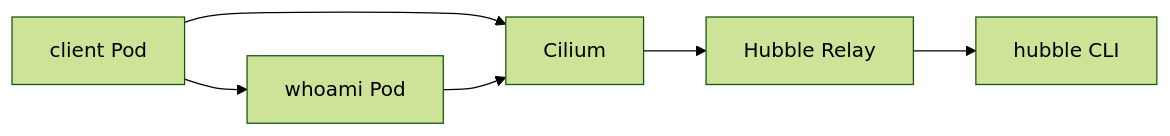
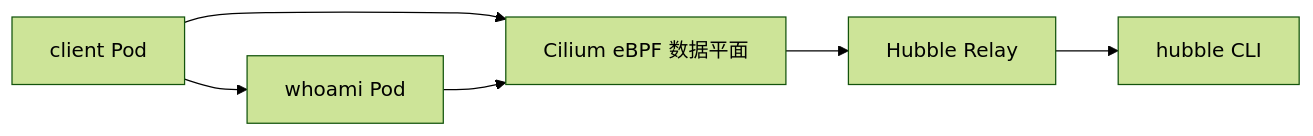
One commit to hwang-protocol/docker_k8s_2026 changed the diagram in k8s/02-cloud-native-networking/docs/05_enable_hubble.md. Above: the diagram before and after it, drawn with Mermaid (forest theme). The commit also changed other lines of this file and 24 other files, not shown here.

````diff
--- a/k8s/02-cloud-native-networking/docs/05_enable_hubble.md
+++ b/k8s/02-cloud-native-networking/docs/05_enable_hubble.md
@@ -47,14 +45,14 @@
 ```mermaid
 flowchart LR
   client[client Pod]
   whoami[whoami Pod]
-  cilium[Cilium]
+  cilium[Cilium eBPF 数据平面]
   relay[Hubble Relay]
   cli[hubble CLI]
 
   client --> whoami
   client --> cilium
   whoami --> cilium
   cilium --> relay
   relay --> cli
 ```
````
